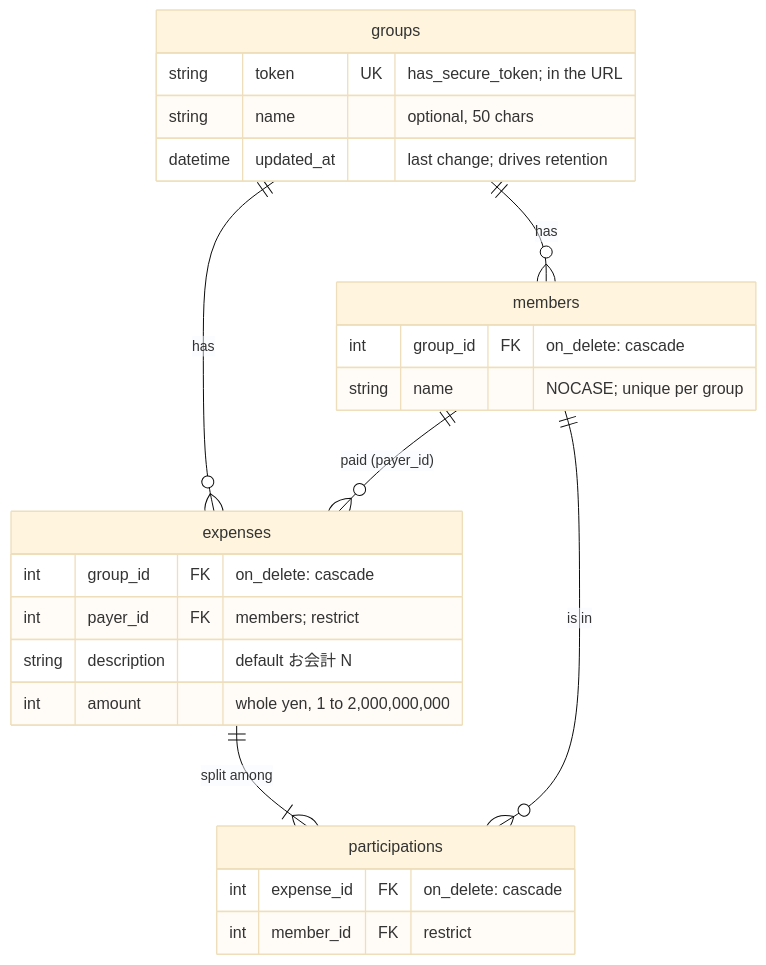
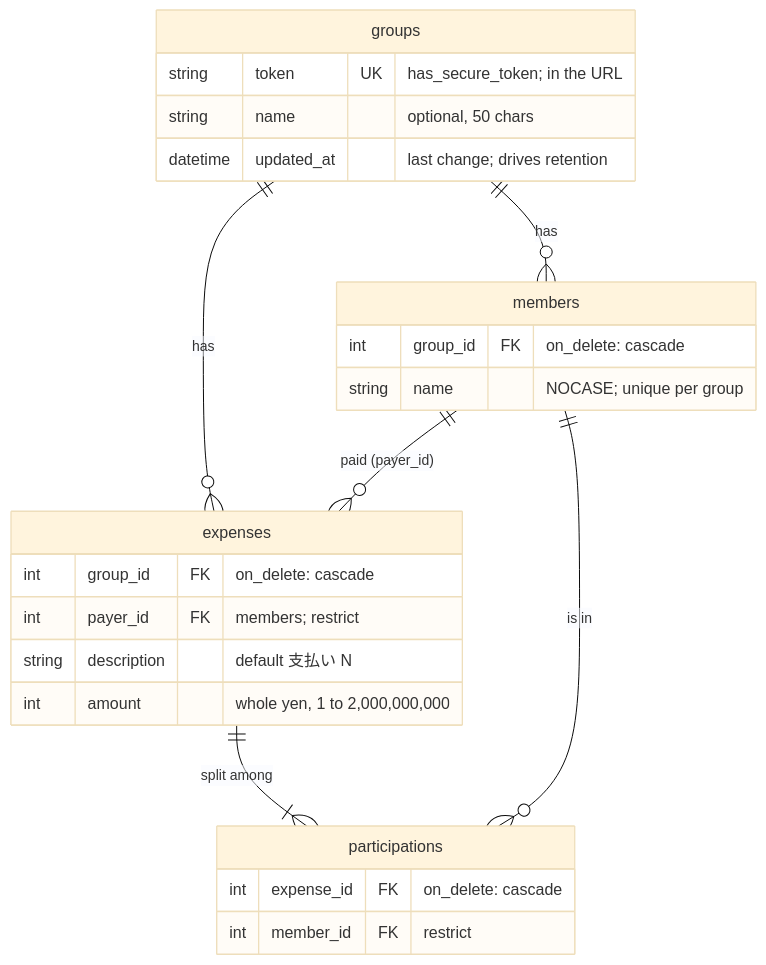
The second of 3 diagrams in docs/ARCHITECTURE.md (luisrrv/okanjo), drawn with Mermaid (base theme) before and after one commit. The commit also changed other lines of this file and 19 other files, not shown here.

````diff
--- a/docs/ARCHITECTURE.md
+++ b/docs/ARCHITECTURE.md
@@ -57,28 +57,28 @@
 ```mermaid
 erDiagram
   groups ||--o{ members : has
   groups ||--o{ expenses : has
   members ||--o{ expenses : "paid (payer_id)"
   expenses ||--|{ participations : "split among"
   members ||--o{ participations : "is in"
 
   groups {
     string token UK "has_secure_token; in the URL"
     string name "optional, 50 chars"
     datetime updated_at "last change; drives retention"
   }
   members {
     int group_id FK "on_delete: cascade"
     string name "NOCASE; unique per group"
   }
   expenses {
     int group_id FK "on_delete: cascade"
     int payer_id FK "members; restrict"
-    string description "default お会計 N"
+    string description "default 支払い N"
     int amount "whole yen, 1 to 2,000,000,000"
   }
   participations {
     int expense_id FK "on_delete: cascade"
     int member_id FK "restrict"
   }
 ```
````
